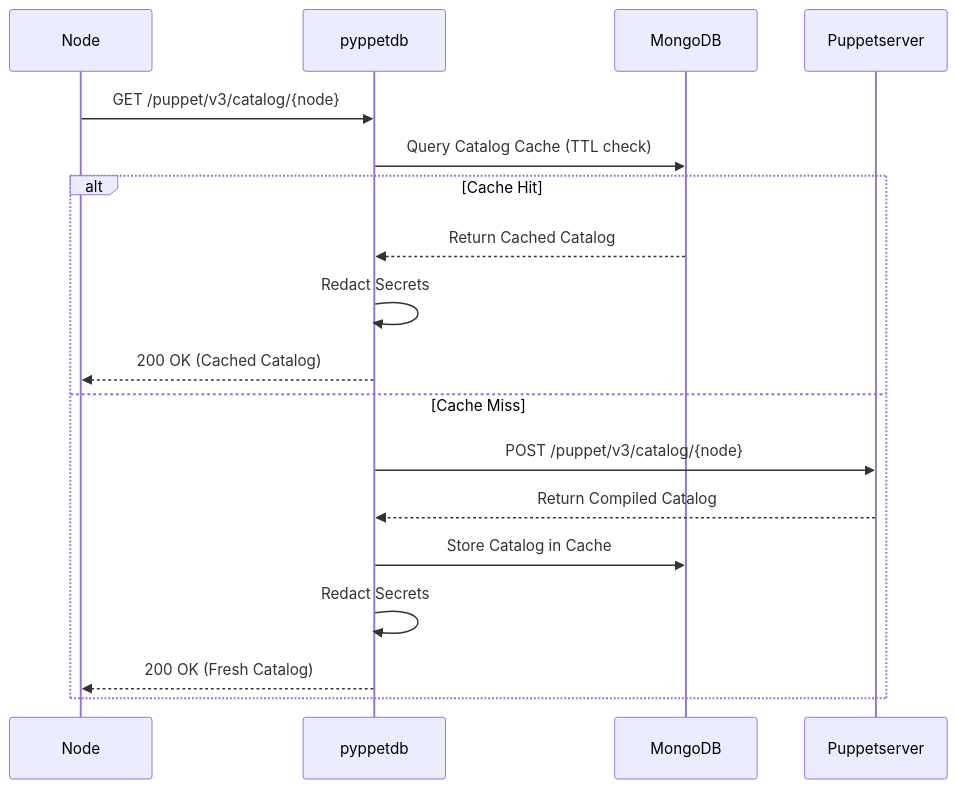
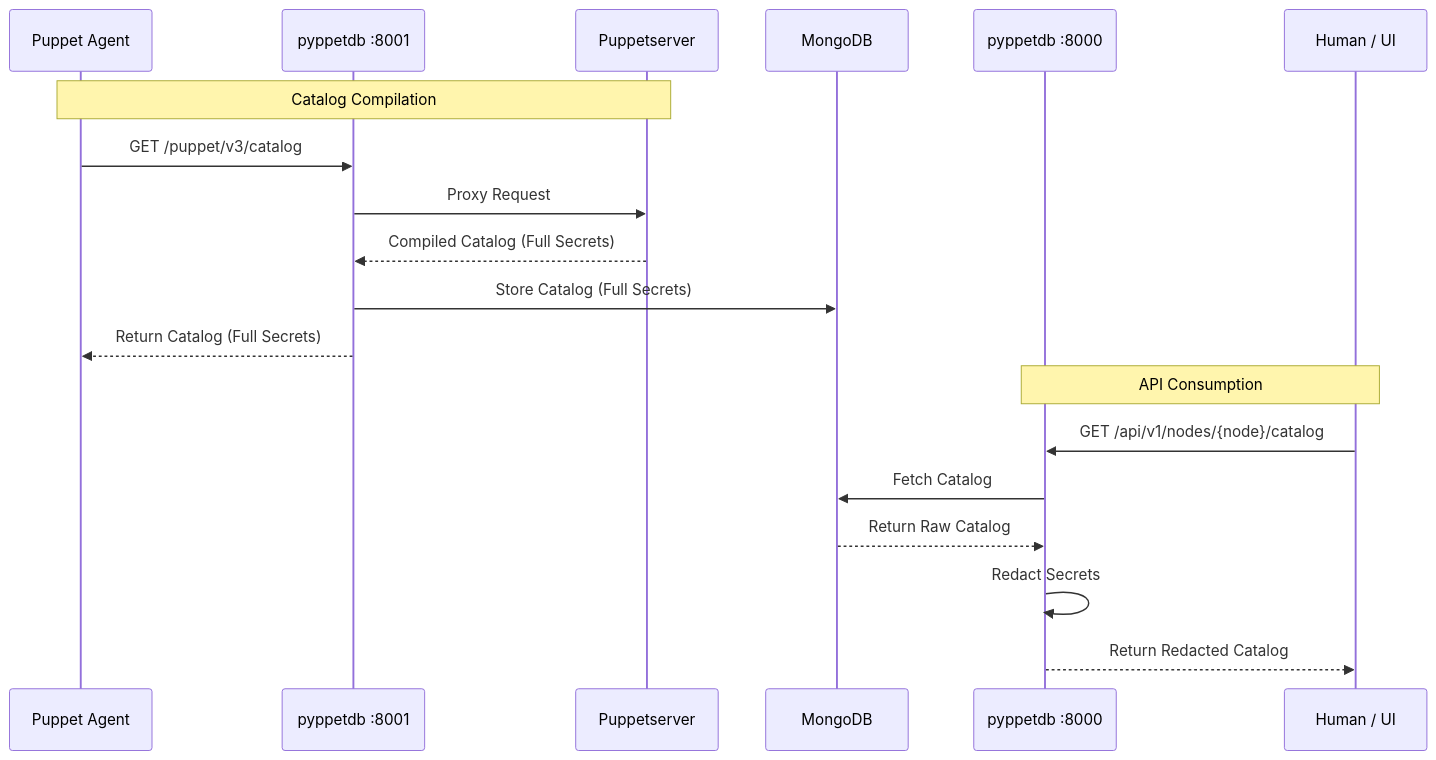
One commit to schlitzered/pyppetdb changed the third of 4 diagrams in docs/architecture.md. Above: the diagram before and after it, drawn with Mermaid. The commit also changed other lines of this file, not shown here.

````diff
--- a/docs/architecture.md
+++ b/docs/architecture.md
@@ -45,22 +67,23 @@
 ```mermaid
 sequenceDiagram
-    participant Node
-    participant pyppetdb
-    participant MongoDB
-    participant Puppetserver
+    participant Node as Puppet Agent
+    participant P1 as pyppetdb :8001
+    participant PS as Puppetserver
+    participant DB as MongoDB
+    participant API as pyppetdb :8000
+    participant User as Human / UI
 
-    Node->>pyppetdb: GET /puppet/v3/catalog/{node}
-    pyppetdb->>MongoDB: Query Catalog Cache (TTL check)
+    Note over Node, PS: Catalog Compilation
+    Node->>P1: GET /puppet/v3/catalog
+    P1->>PS: Proxy Request
+    PS-->>P1: Compiled Catalog (Full Secrets)
+    P1->>DB: Store Catalog (Full Secrets)
+    P1-->>Node: Return Catalog (Full Secrets)
     
-    alt Cache Hit
-        MongoDB-->>pyppetdb: Return Cached Catalog
-        pyppetdb->>pyppetdb: Redact Secrets
-        pyppetdb-->>Node: 200 OK (Cached Catalog)
-    else Cache Miss
-        pyppetdb->>Puppetserver: POST /puppet/v3/catalog/{node}
-        Puppetserver-->>pyppetdb: Return Compiled Catalog
-        pyppetdb->>MongoDB: Store Catalog in Cache
-        pyppetdb->>pyppetdb: Redact Secrets
-        pyppetdb-->>Node: 200 OK (Fresh Catalog)
-    end
+    Note over API, User: API Consumption
+    User->>API: GET /api/v1/nodes/{node}/catalog
+    API->>DB: Fetch Catalog
+    DB-->>API: Return Raw Catalog
+    API->>API: Redact Secrets
+    API-->>User: Return Redacted Catalog
 ```
````
